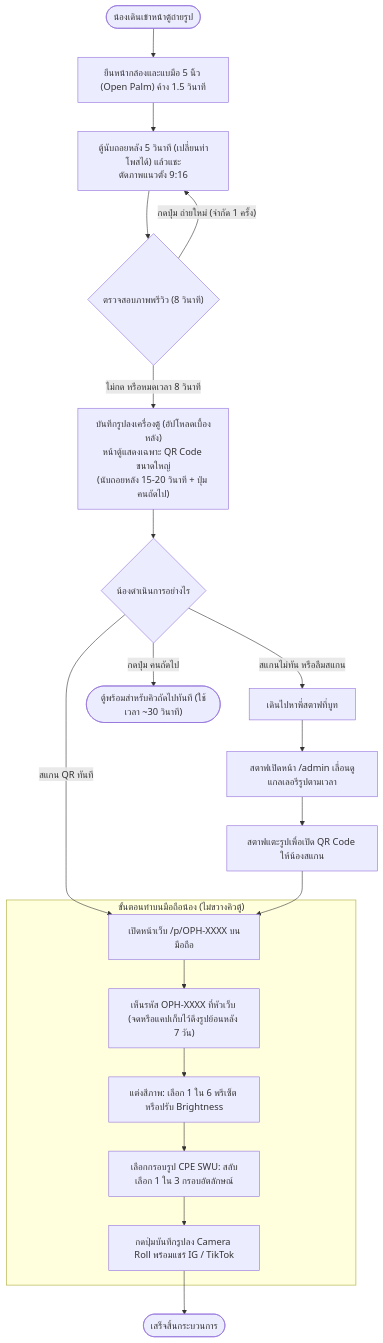
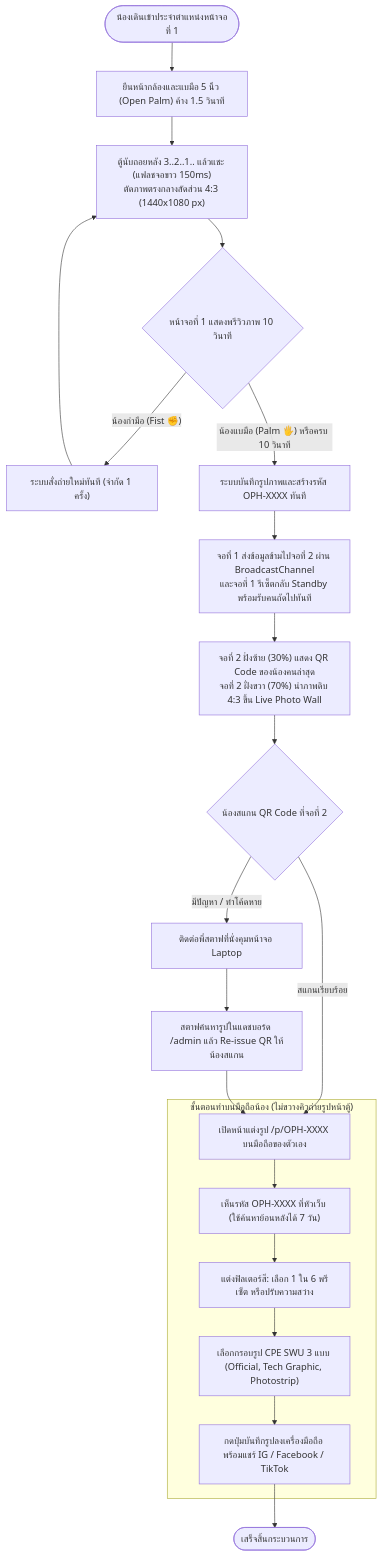
The second of 2 diagrams in docs/system-overview.md (icelandz9/swu-openhouse), drawn with Mermaid before and after one commit. The commit also changed other lines of this file and 13 other files, not shown here.

````diff
--- a/docs/system-overview.md
+++ b/docs/system-overview.md
@@ -35,27 +44,29 @@
 ```mermaid
 flowchart TD
-    A(["น้องเดินเข้าหน้าตู้ถ่ายรูป"]) --> B["ยืนหน้ากล้องและแบมือ 5 นิ้ว (Open Palm) ค้าง 1.5 วินาที"]
-    B --> C["ตู้นับถอยหลัง 5 วินาที (เปลี่ยนท่าโพสได้) แล้วแชะ<br>ตัดภาพแนวตั้ง 9:16"]
-    C --> D{"ตรวจสอบภาพพรีวิว (8 วินาที)"}
+    A(["น้องเดินเข้าประจำตำแหน่งหน้าจอที่ 1"]) --> B["ยืนหน้ากล้องและแบมือ 5 นิ้ว (Open Palm) ค้าง 1.5 วินาที"]
+    B --> C["ตู้นับถอยหลัง 3..2..1.. แล้วแชะ (แฟลชจอขาว 150ms)<br>ตัดภาพตรงกลางสัดส่วน 4:3 (1440x1080 px)"]
+    C --> D{"หน้าจอที่ 1 แสดงพรีวิวภาพ 10 วินาที"}
     
-    D -->|"กดปุ่ม ถ่ายใหม่ (จำกัด 1 ครั้ง)"| C
-    D -->|"ไม่กด หรือหมดเวลา 8 วินาที"| E["บันทึกรูปลงเครื่องตู้ (อัปโหลดเบื้องหลัง)<br>หน้าตู้แสดงเฉพาะ QR Code ขนาดใหญ่<br>(นับถอยหลัง 15-20 วินาที + ปุ่ม คนถัดไป)"]
+    D -->|"น้องกำมือ (Fist ✊)"| D_Retake["ระบบสั่งถ่ายใหม่ทันที (จำกัด 1 ครั้ง)"] --> C
+    D -->|"น้องแบมือ (Palm 🖐️) หรือครบ 10 วินาที"| E["ระบบบันทึกรูปภาพและสร้างรหัส OPH-XXXX ทันที"]
 
-    E --> F{"น้องดำเนินการอย่างไร"}
-    F -->|"สแกน QR ทันที"| G["เปิดหน้าเว็บ /p/OPH-XXXX บนมือถือ"]
-    F -->|"สแกนไม่ทัน หรือลืมสแกน"| H["เดินไปหาพี่สตาฟที่บูท"]
-    F -->|"กดปุ่ม คนถัดไป"| NextPerson(["ตู้พร้อมสำหรับคิวถัดไปทันที (ใช้เวลา ~30 วินาที)"])
+    E --> F["จอที่ 1 ส่งข้อมูลข้ามไปจอที่ 2 ผ่าน BroadcastChannel<br>และจอที่ 1 รีเซ็ตกลับ Standby พร้อมรับคนถัดไปทันที"]
+    
+    F --> G["จอที่ 2 ฝั่งซ้าย (30%) แสดง QR Code ของน้องคนล่าสุด<br>จอที่ 2 ฝั่งขวา (70%) นำภาพดิบ 4:3 ขึ้น Live Photo Wall"]
 
-    H --> I["สตาฟเปิดหน้า /admin เลื่อนดูแกลเลอรีรูปตามเวลา"]
-    I --> J["สตาฟแตะรูปเพื่อเปิด QR Code ให้น้องสแกน"]
-    J --> G
+    G --> H{"น้องสแกน QR Code ที่จอที่ 2"}
+    H -->|"สแกนเรียบร้อย"| I["เปิดหน้าแต่งรูป /p/OPH-XXXX บนมือถือของตัวเอง"]
+    H -->|"มีปัญหา / ทำโค้ดหาย"| J["ติดต่อพี่สตาฟที่นั่งคุมหน้าจอ Laptop"]
+    
+    J --> K["สตาฟค้นหารูปในแดชบอร์ด /admin แล้ว Re-issue QR ให้น้องสแกน"]
+    K --> I
 
-    subgraph MobileCustomization["ขั้นตอนทำบนมือถือน้อง (ไม่ขวางคิวตู้)"]
-        G --> M1["เห็นรหัส OPH-XXXX ที่หัวเว็บ (จดหรือแคปเก็บไว้ดึงรูปย้อนหลัง 7 วัน)"]
-        M1 --> M2["แต่งสีภาพ: เลือก 1 ใน 6 พรีเซ็ต หรือปรับ Brightness"]
-        M2 --> M3["เลือกกรอบรูป CPE SWU: สลับเลือก 1 ใน 3 กรอบอัตลักษณ์"]
-        M3 --> M4["กดปุ่มบันทึกรูปลง Camera Roll พร้อมแชร์ IG / TikTok"]
+    subgraph MobileStep["ขั้นตอนทำบนมือถือน้อง (ไม่ขวางคิวถ่ายรูปหน้าตู้)"]
+        I --> M1["เห็นรหัส OPH-XXXX ที่หัวเว็บ (ใช้ค้นหาย้อนหลังได้ 7 วัน)"]
+        M1 --> M2["แต่งฟิลเตอร์สี: เลือก 1 ใน 6 พรีเซ็ต หรือปรับความสว่าง"]
+        M2 --> M3["เลือกกรอบรูป CPE SWU 3 แบบ (Official, Tech Graphic, Photostrip)"]
+        M3 --> M4["กดปุ่มบันทึกรูปลงเครื่องมือถือ พร้อมแชร์ IG / Facebook / TikTok"]
     end
 
     M4 --> End(["เสร็จสิ้นกระบวนการ"])
 ```
````
